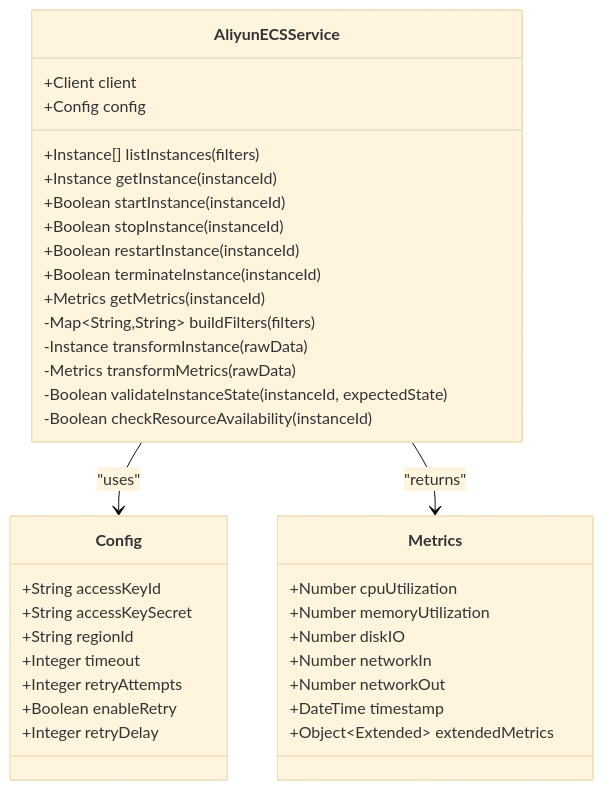
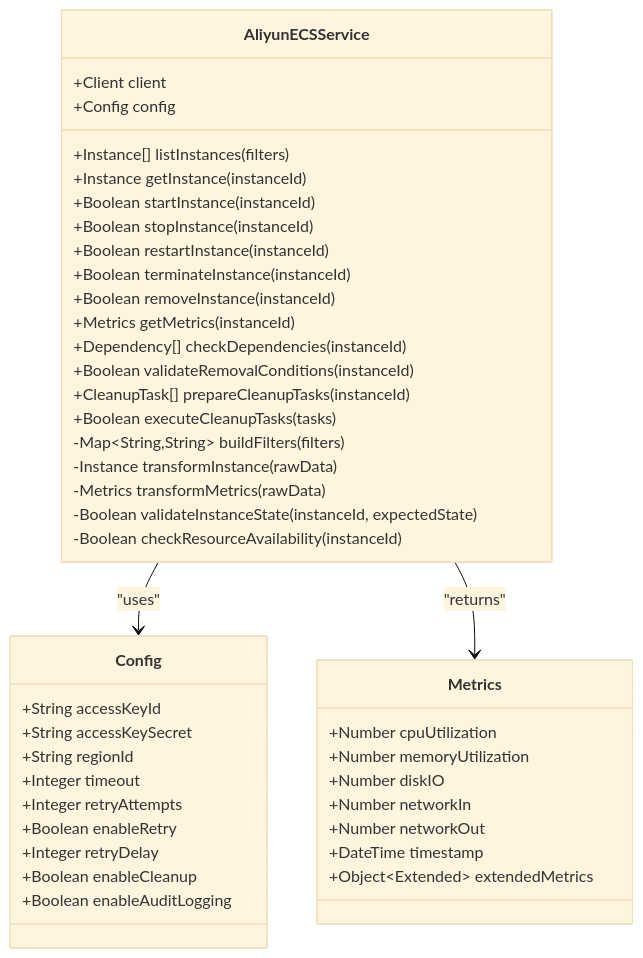
The fifth of 6 diagrams in .qoder/repowiki/en/content/Frontend Development/Page Components & Routing/Active Resource Monitoring.md (14Lucifer/hackathon_ecs_creator), drawn with Mermaid (base theme) before and after one commit. The commit also changed other lines of this file and 92 other files, not shown here.

````diff
--- a/.qoder/repowiki/en/content/Frontend Development/Page Components & Routing/Active Resource Monitoring.md
+++ b/.qoder/repowiki/en/content/Frontend Development/Page Components & Routing/Active Resource Monitoring.md
@@ -292,39 +307,46 @@
 ```mermaid
 classDiagram
 class AliyunECSService {
 +Client client
 +Config config
 +Instance[] listInstances(filters)
 +Instance getInstance(instanceId)
 +Boolean startInstance(instanceId)
 +Boolean stopInstance(instanceId)
 +Boolean restartInstance(instanceId)
 +Boolean terminateInstance(instanceId)
++Boolean removeInstance(instanceId)
 +Metrics getMetrics(instanceId)
++Dependency[] checkDependencies(instanceId)
++Boolean validateRemovalConditions(instanceId)
++CleanupTask[] prepareCleanupTasks(instanceId)
++Boolean executeCleanupTasks(tasks)
 -Map~String,String~ buildFilters(filters)
 -Instance transformInstance(rawData)
 -Metrics transformMetrics(rawData)
 -Boolean validateInstanceState(instanceId, expectedState)
 -Boolean checkResourceAvailability(instanceId)
 }
 class Config {
 +String accessKeyId
 +String accessKeySecret
 +String regionId
 +Integer timeout
 +Integer retryAttempts
 +Boolean enableRetry
 +Integer retryDelay
++Boolean enableCleanup
++Boolean enableAuditLogging
 }
 class Metrics {
 +Number cpuUtilization
 +Number memoryUtilization
 +Number diskIO
 +Number networkIn
 +Number networkOut
 +DateTime timestamp
 +Object~Extended~ extendedMetrics
 }
 AliyunECSService --> Config : "uses"
 AliyunECSService --> Metrics : "returns"
 ```
````
